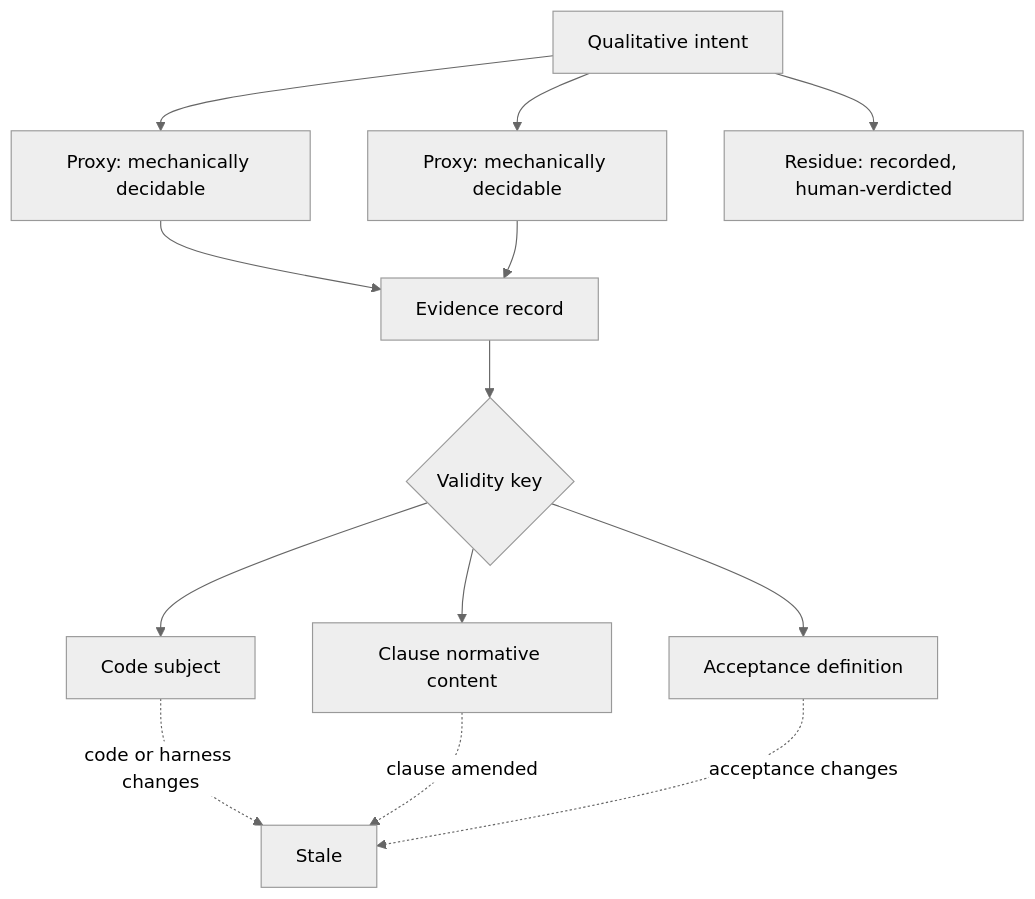
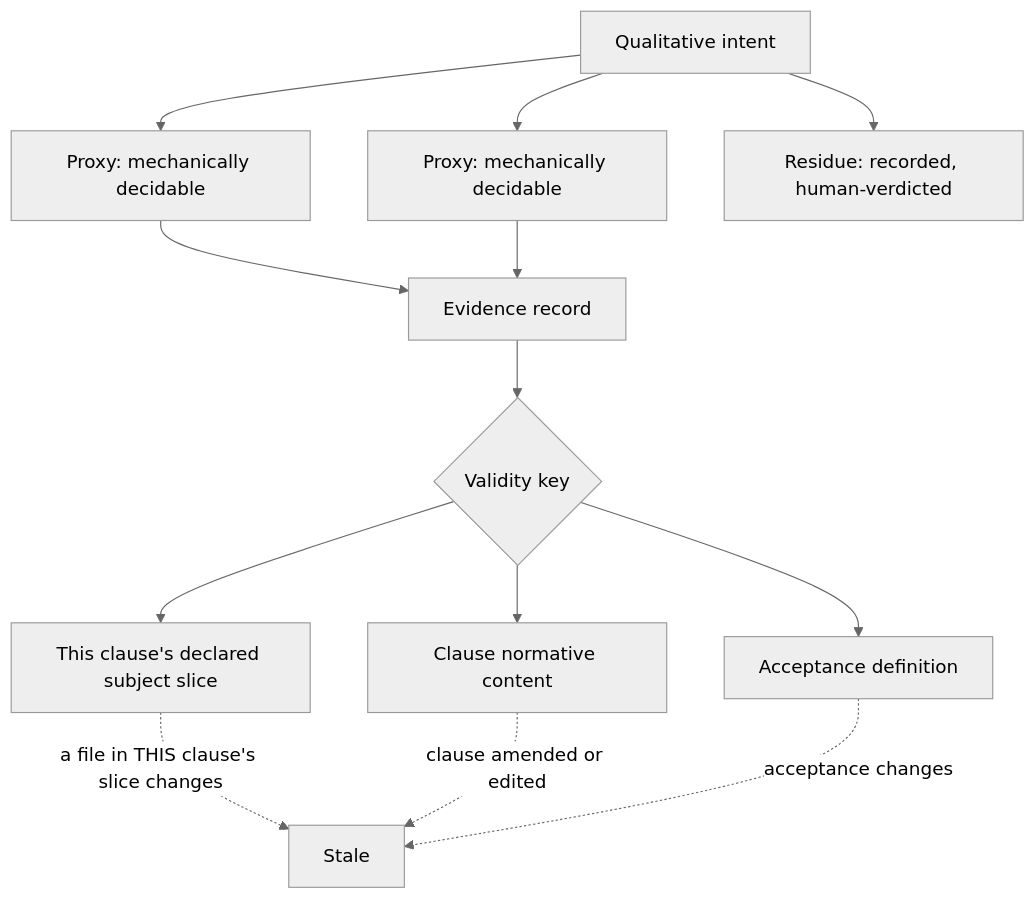
Before and after one commit to pyros-projects/docket: the first of 2 diagrams in docs/plans/2026-07-26-001-feat-contract-kernel-v1-plan.md, drawn with Mermaid (neutral theme). The commit also changed other lines of this file and 1 other file, not shown here.

````diff
--- a/docs/plans/2026-07-26-001-feat-contract-kernel-v1-plan.md
+++ b/docs/plans/2026-07-26-001-feat-contract-kernel-v1-plan.md
@@ -51,15 +51,15 @@
 ```mermaid
 flowchart TB
   I[Qualitative intent] --> P1[Proxy: mechanically decidable]
   I --> P2[Proxy: mechanically decidable]
   I --> RES[Residue: recorded, human-verdicted]
   P1 --> EV[Evidence record]
   P2 --> EV
   EV --> K{Validity key}
   K --> C[Clause normative content]
   K --> A[Acceptance definition]
-  K --> S[Code subject]
-  S -.->|code or harness changes| STALE[Stale]
-  C -.->|clause amended| STALE
+  K --> S[This clause's declared subject slice]
+  S -.->|a file in THIS clause's slice changes| STALE[Stale]
+  C -.->|clause amended or edited| STALE
   A -.->|acceptance changes| STALE
 ```
````
